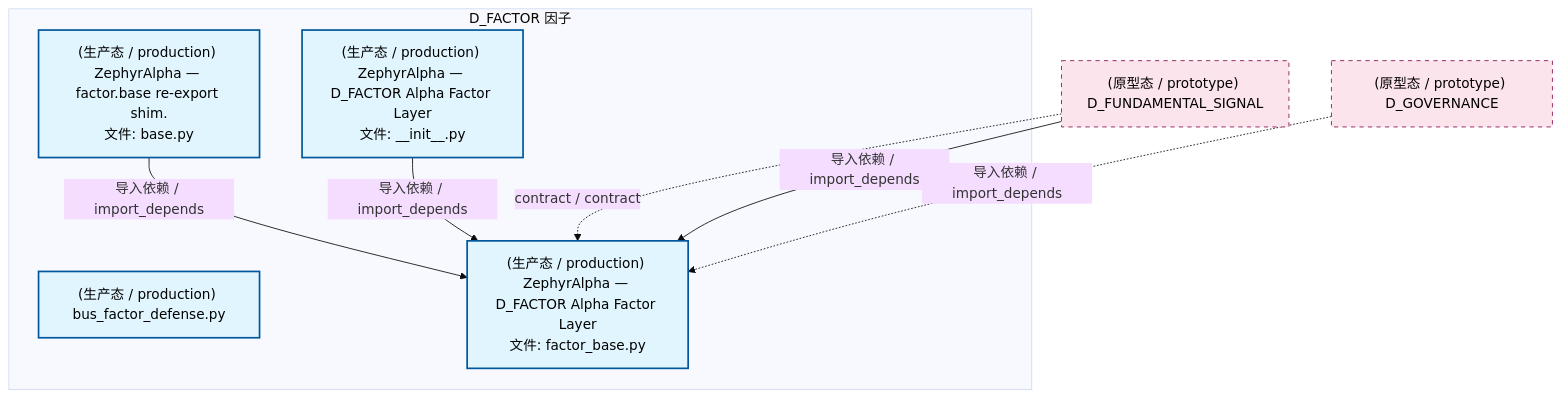
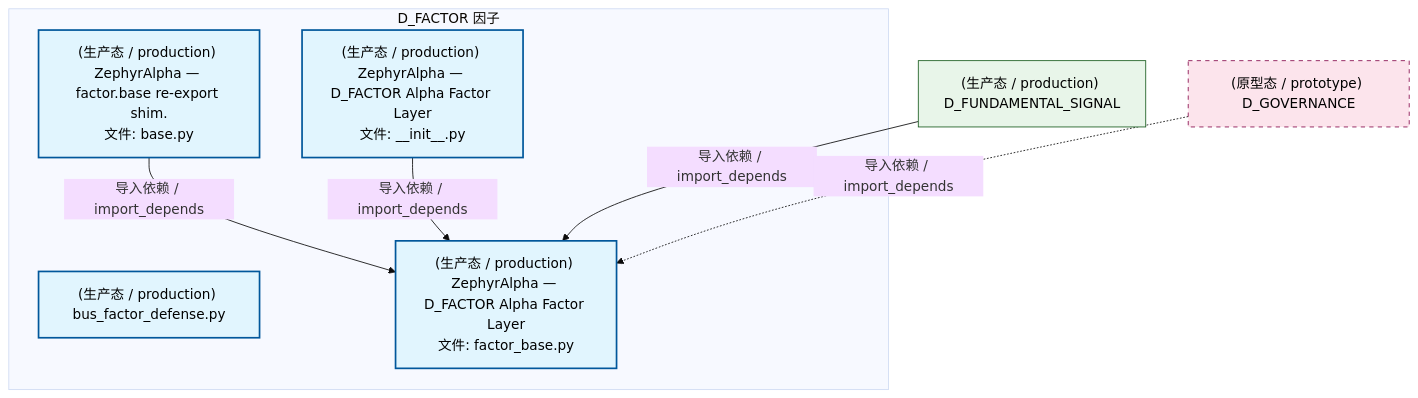
Before and after one commit to xuanFelixVan/ZephyrAlpha: the second of 4 diagrams in docs/02_enterprise_architecture/02_domain_architecture_docs/29_d_factor.md, drawn with Mermaid (base theme). The commit also changed other lines of this file and 100 other files, not shown here.

````diff
--- a/docs/02_enterprise_architecture/02_domain_architecture_docs/29_d_factor.md
+++ b/docs/02_enterprise_architecture/02_domain_architecture_docs/29_d_factor.md
@@ -123,22 +118,22 @@
 ```mermaid
 graph TD
     subgraph D_FACTOR["D_FACTOR 因子"]
         src_zephyr_factor_init_py["(生产态 / production) ZephyrAlpha — D_FACTOR Alpha Factor Layer<br/>文件: __init__.py"]
         src_zephyr_factor_base_py["(生产态 / production) ZephyrAlpha — factor.base re-export shim.<br/>文件: base.py"]
         src_zephyr_factor_bus_factor_defense_py["(生产态 / production) bus_factor_defense.py"]
         src_zephyr_factor_factor_base_py["(生产态 / production) ZephyrAlpha — D_FACTOR Alpha Factor Layer<br/>文件: factor_base.py"]
     end
     src_zephyr_factor_base_py -->|导入依赖 / import_depends| src_zephyr_factor_factor_base_py
     src_zephyr_factor_init_py -->|导入依赖 / import_depends| src_zephyr_factor_factor_base_py
-    D_FUNDAMENTAL_SIGNAL["(原型态 / prototype) D_FUNDAMENTAL_SIGNAL"]
-    D_FUNDAMENTAL_SIGNAL -.->|contract / contract| src_zephyr_factor_factor_base_py
+    D_FUNDAMENTAL_SIGNAL["(生产态 / production) D_FUNDAMENTAL_SIGNAL"]
     D_FUNDAMENTAL_SIGNAL -->|导入依赖 / import_depends| src_zephyr_factor_factor_base_py
     D_GOVERNANCE["(原型态 / prototype) D_GOVERNANCE"]
     D_GOVERNANCE -.->|导入依赖 / import_depends| src_zephyr_factor_factor_base_py
     classDef production fill:#e1f5fe,stroke:#01579b,stroke-width:2px,color:#000
     classDef design fill:#fff3e0,stroke:#e65100,stroke-width:2px,color:#000,stroke-dasharray: 5 5
     classDef external_prod fill:#e8f5e9,stroke:#1b5e20,stroke-width:1px,color:#000
     classDef external_design fill:#fce4ec,stroke:#880e4f,stroke-width:1px,color:#000,stroke-dasharray: 5 5
     class src_zephyr_factor_init_py,src_zephyr_factor_base_py,src_zephyr_factor_bus_factor_defense_py,src_zephyr_factor_factor_base_py production
-    class D_FUNDAMENTAL_SIGNAL,D_GOVERNANCE external_design
+    class D_FUNDAMENTAL_SIGNAL external_prod
+    class D_GOVERNANCE external_design
 ```
````
